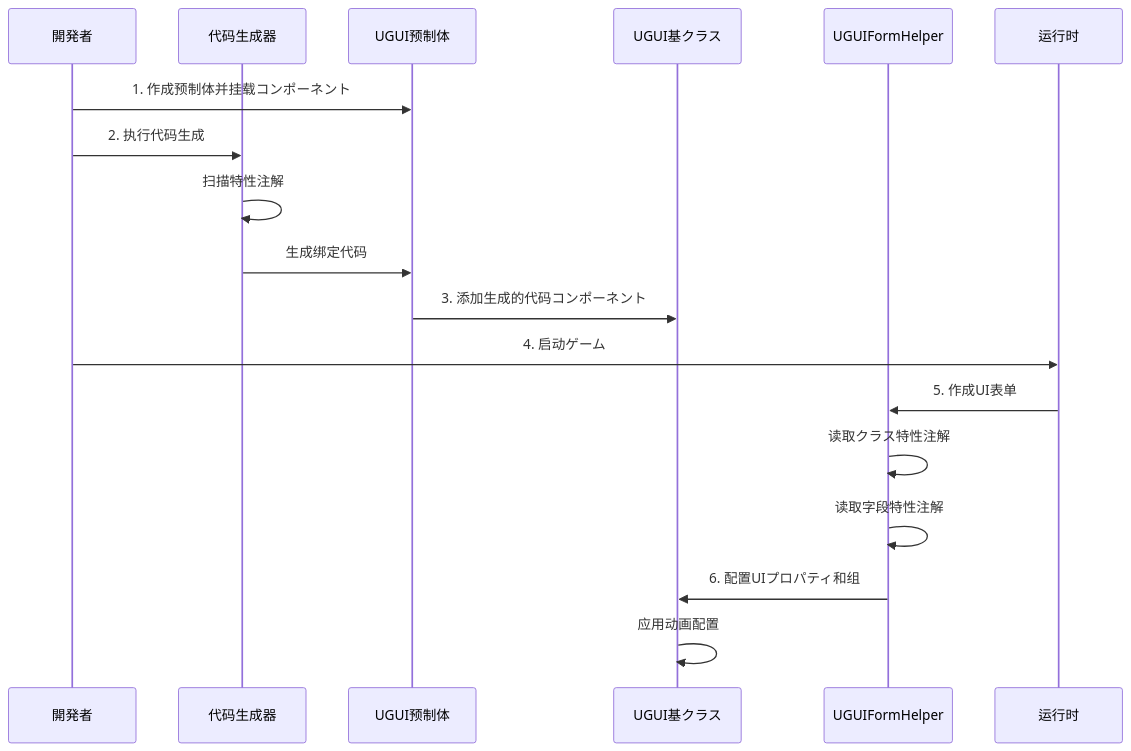
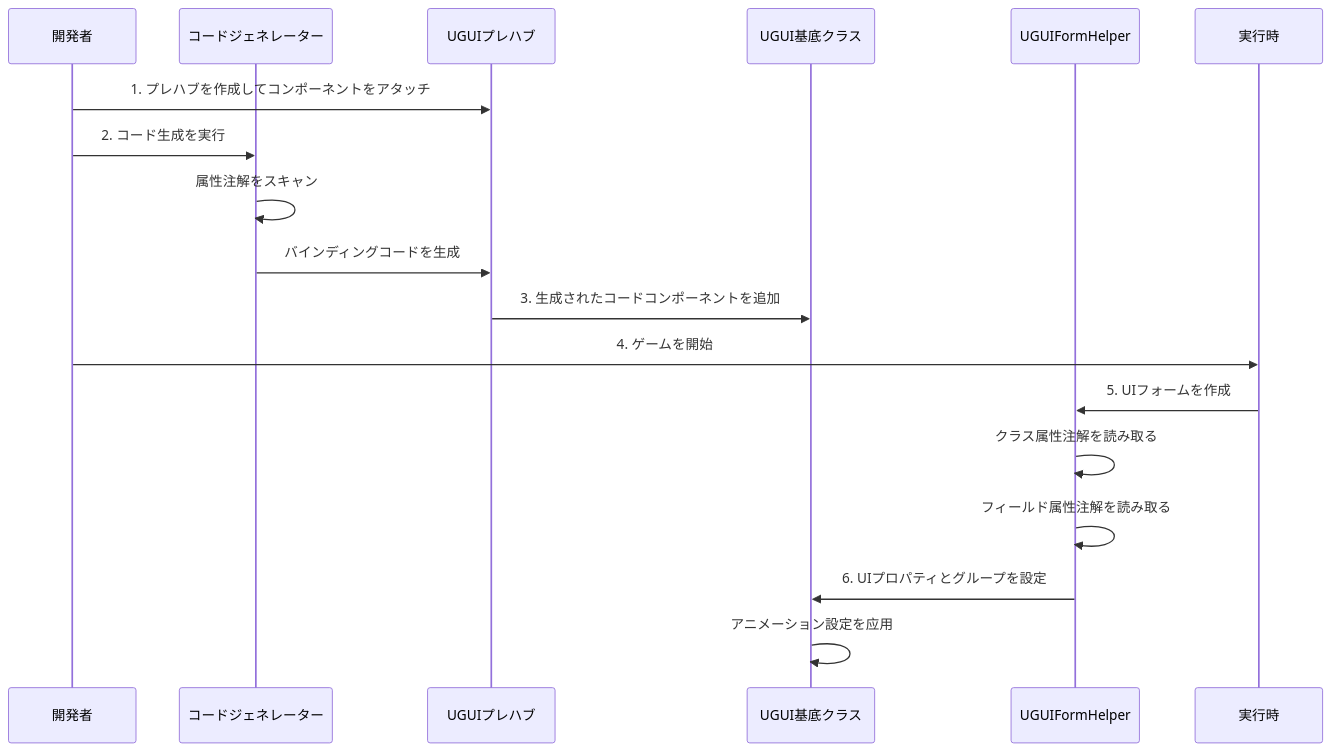
One commit to AlianBlank/GameFrameX.Docs changed the second of 2 diagrams in docs/ja/client/unity/component/ui-ugui/14.configuration.md. Above: the diagram before and after it, drawn with Mermaid. The commit also changed other lines of this file and 320 other files, not shown here.

````diff
--- a/docs/ja/client/unity/component/ui-ugui/14.configuration.md
+++ b/docs/ja/client/unity/component/ui-ugui/14.configuration.md
@@ -61,21 +61,21 @@
 ```mermaid
 sequenceDiagram
     participant Dev as 開発者
-    participant UCG as 代码生成器
-    participant Prefab as UGUI预制体
-    participant UGUI as UGUI基クラス
+    participant UCG as コードジェネレーター
+    participant Prefab as UGUIプレハブ
+    participant UGUI as UGUI基底クラス
     participant UFH as UGUIFormHelper
-    participant Runtime as 运行时
+    participant Runtime as 実行時
 
-    Dev->>Prefab: 1. 作成预制体并挂载コンポーネント
-    Dev->>UCG: 2. 执行代码生成
-    UCG->>UCG: 扫描特性注解
-    UCG->>Prefab: 生成绑定代码
-    Prefab->>UGUI: 3. 添加生成的代码コンポーネント
-    Dev->>Runtime: 4. 启动ゲーム
-    Runtime->>UFH: 5. 作成UI表单
-    UFH->>UFH: 读取クラス特性注解
-    UFH->>UFH: 读取字段特性注解
-    UFH->>UGUI: 6. 配置UIプロパティ和组
-    UGUI->>UGUI: 应用动画配置
+    Dev->>Prefab: 1. プレハブを作成してコンポーネントをアタッチ
+    Dev->>UCG: 2. コード生成を実行
+    UCG->>UCG: 属性注解をスキャン
+    UCG->>Prefab: バインディングコードを生成
+    Prefab->>UGUI: 3. 生成されたコードコンポーネントを追加
+    Dev->>Runtime: 4. ゲームを開始
+    Runtime->>UFH: 5. UIフォームを作成
+    UFH->>UFH: クラス属性注解を読み取る
+    UFH->>UFH: フィールド属性注解を読み取る
+    UFH->>UGUI: 6. UIプロパティとグループを設定
+    UGUI->>UGUI: アニメーション設定を应用
 ```
````
